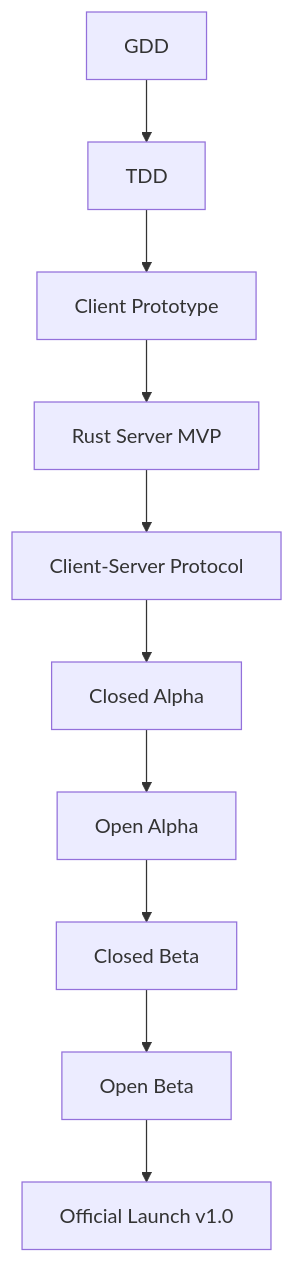
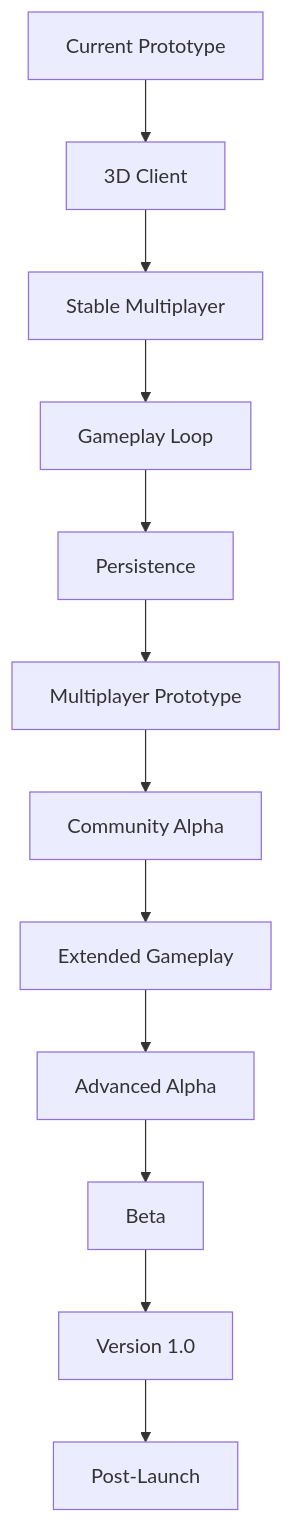
The diagram in docs_ENG/ROADMAP_ENG.md (DDCoder23/The-last-signal-), drawn with Mermaid before and after one commit. The commit also changed other lines of this file, not shown here.

First line of the commit message:
Revise roadmap with updated phases and milestones

````diff
--- a/docs_ENG/ROADMAP_ENG.md
+++ b/docs_ENG/ROADMAP_ENG.md
@@ -138,12 +250,14 @@
 ```mermaid
 graph TD
-    A[GDD] --> B[TDD]
-    B --> C[Client Prototype]
-    C --> D[Rust Server MVP]
-    D --> E[Client-Server Protocol]
-    E --> F[Closed Alpha]
-    F --> G[Open Alpha]
-    G --> H[Closed Beta]
-    H --> I[Open Beta]
-    I --> J[Official Launch v1.0]
+    A[Current Prototype] --> B[3D Client]
+    B --> C[Stable Multiplayer]
+    C --> D[Gameplay Loop]
+    D --> E[Persistence]
+    E --> F[Multiplayer Prototype]
+    F --> G[Community Alpha]
+    G --> H[Extended Gameplay]
+    H --> I[Advanced Alpha]
+    I --> J[Beta]
+    J --> K[Version 1.0]
+    K --> L[Post-Launch]
 ```
````
